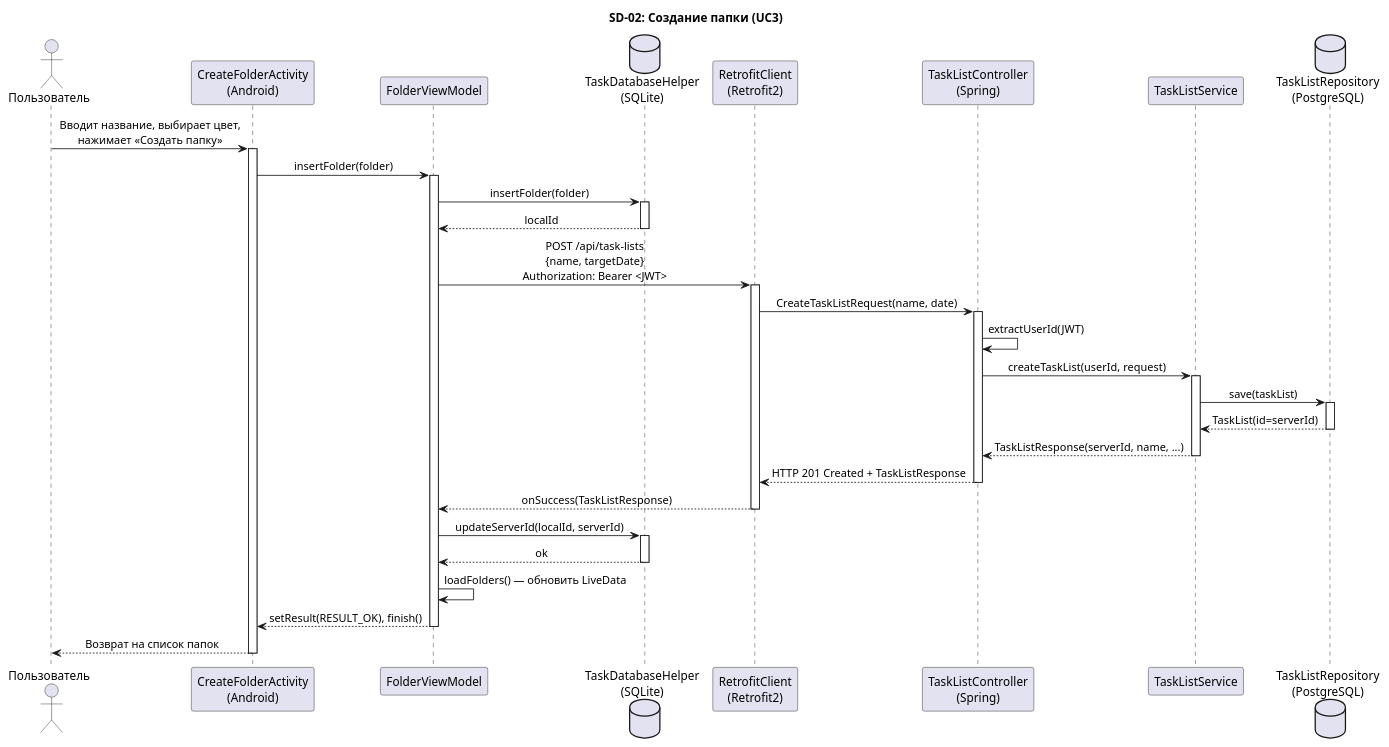
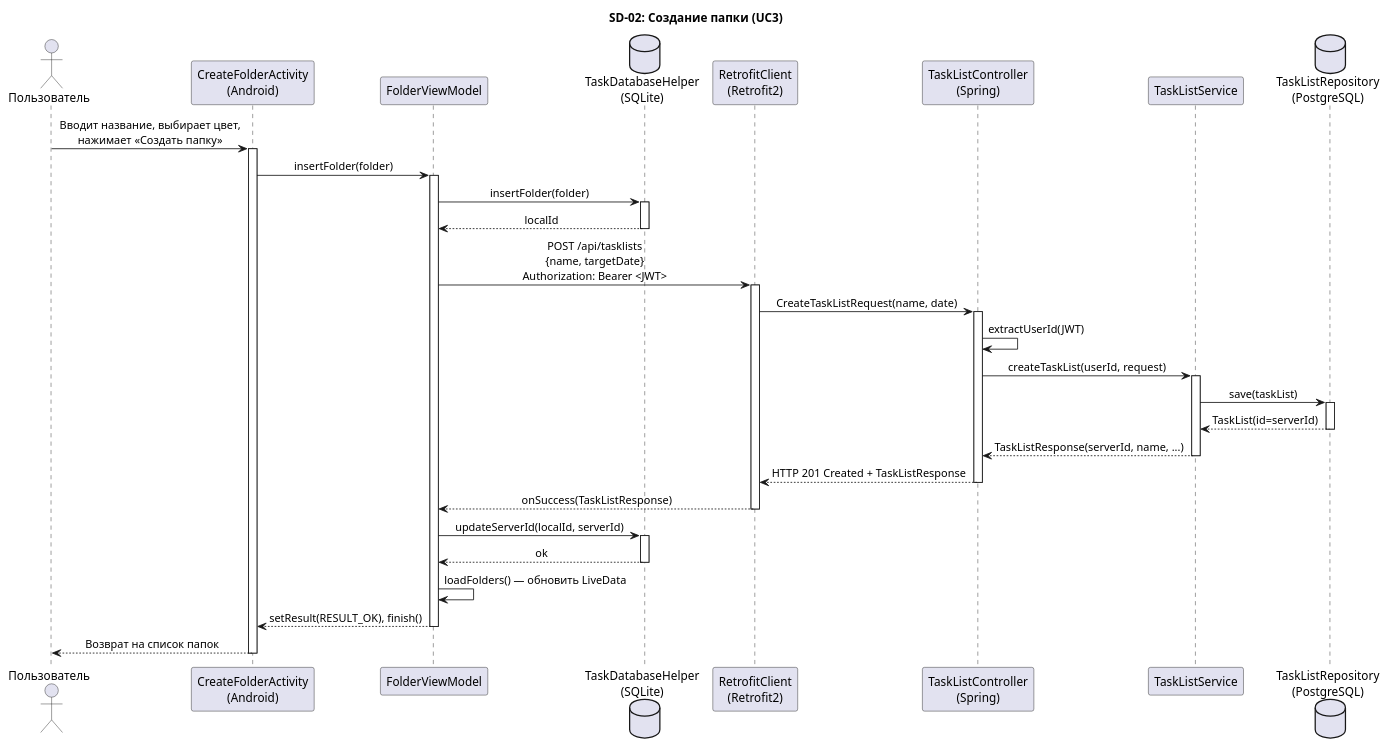
Before and after one commit to LevontiyVeliki/course-project: the second of 4 diagrams in 05-detailed-design/sequence-diagrams.md, drawn with PlantUML. The commit also changed other lines of this file and 5 other files, not shown here.

````diff
--- a/05-detailed-design/sequence-diagrams.md
+++ b/05-detailed-design/sequence-diagrams.md
@@ -93,66 +93,66 @@
 ```plantuml
 @startuml SD-02-CreateFolder
 title SD-02: Создание папки (UC3)
 
 skinparam sequenceMessageAlign center
 skinparam responseMessageBelowArrow true
 
 actor "Пользователь" as User
 participant "CreateFolderActivity\n(Android)" as CFA
 participant "FolderViewModel" as FVM
 database "TaskDatabaseHelper\n(SQLite)" as DB
 participant "RetrofitClient\n(Retrofit2)" as RC
 participant "TaskListController\n(Spring)" as TLC
 participant "TaskListService" as TLS
 database "TaskListRepository\n(PostgreSQL)" as TLR
 
 User -> CFA : Вводит название, выбирает цвет,\nнажимает «Создать папку»
 activate CFA
 
 CFA -> FVM : insertFolder(folder)
 activate FVM
 
 FVM -> DB : insertFolder(folder)
 activate DB
 DB --> FVM : localId
 deactivate DB
 
-FVM -> RC : POST /api/task-lists\n{name, targetDate}\nAuthorization: Bearer <JWT>
+FVM -> RC : POST /api/tasklists\n{name, targetDate}\nAuthorization: Bearer <JWT>
 activate RC
 
 RC -> TLC : CreateTaskListRequest(name, date)
 activate TLC
 
 TLC -> TLC : extractUserId(JWT)
 
 TLC -> TLS : createTaskList(userId, request)
 activate TLS
 
 TLS -> TLR : save(taskList)
 activate TLR
 TLR --> TLS : TaskList(id=serverId)
 deactivate TLR
 
 TLS --> TLC : TaskListResponse(serverId, name, ...)
 deactivate TLS
 
 TLC --> RC : HTTP 201 Created + TaskListResponse
 deactivate TLC
 
 RC --> FVM : onSuccess(TaskListResponse)
 deactivate RC
 
 FVM -> DB : updateServerId(localId, serverId)
 activate DB
 DB --> FVM : ok
 deactivate DB
 
 FVM -> FVM : loadFolders() — обновить LiveData
 FVM --> CFA : setResult(RESULT_OK), finish()
 deactivate FVM
 
 CFA --> User : Возврат на список папок
 deactivate CFA
 
 @enduml
 ```
````
